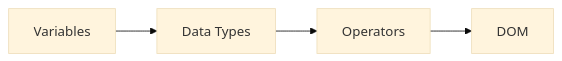
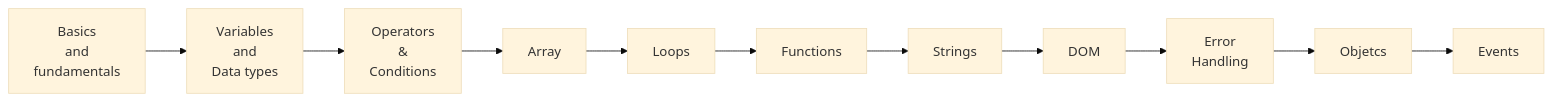
One commit to Kalpa-Ranjan/JavascriptProject1 changed the second of 9 diagrams in README.md. Above: the diagram before and after it, drawn with Mermaid (base theme). The commit also changed other lines of this file, not shown here.

````diff
--- a/README.md
+++ b/README.md
@@ -28,11 +84,23 @@
 ```mermaid
-graph LR;
-    A[Variables]
-    B[Data Types]
-    C[Operators]
-    D[DOM]
+graph LR
+    A[Basics 
+    and 
+    fundamentals]
+    B[Variables 
+    and 
+    Data types]
+    C[Operators 
+    & 
+    Conditions]
+    D[Array]
+    E[Loops]
+    F[Functions]
+    G[Strings]
+    H[DOM]
+    I[Error 
+    Handling]
+    J[Objetcs]
+    K[Events]
 
-    A --> B
-    B --> C
-    C --> D
+    A --> B --> C --> D --> E --> F --> G --> H --> I --> J --> K
 ```
````
